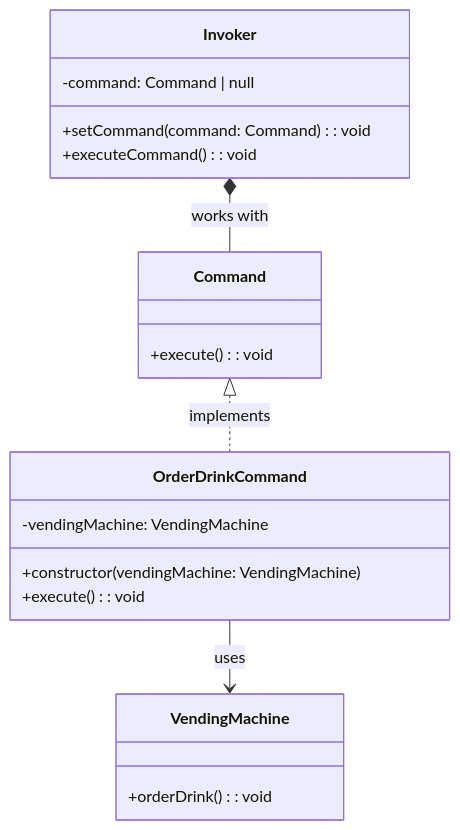
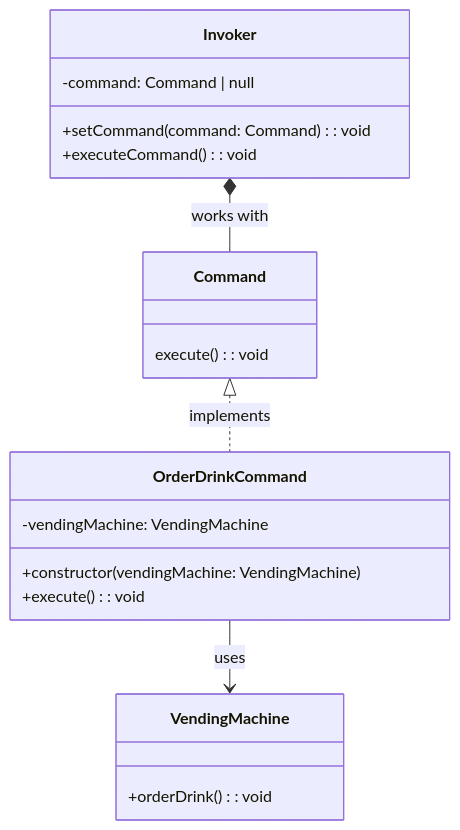
One commit to k0perX-X/HSE_PAPS changed the ninth of 12 diagrams in Lab Work №6/docs/README.md. Above: the diagram before and after it, drawn with Mermaid. The commit also changed other lines of this file, not shown here.

````diff
--- a/Lab Work №6/docs/README.md
+++ b/Lab Work №6/docs/README.md
@@ -603,26 +660,26 @@
 ```mermaid
 classDiagram
     class Command {
-        +execute(): void
+        execute(): void
     }
 
     class OrderDrinkCommand {
         -vendingMachine: VendingMachine
         +constructor(vendingMachine: VendingMachine)
         +execute(): void
     }
 
     class VendingMachine {
         +orderDrink(): void
     }
 
     class Invoker {
         -command: Command | null
         +setCommand(command: Command): void
         +executeCommand(): void
     }
 
     Command <|.. OrderDrinkCommand : implements
     OrderDrinkCommand --> VendingMachine : uses
     Invoker *-- Command : works with
 ```
````
